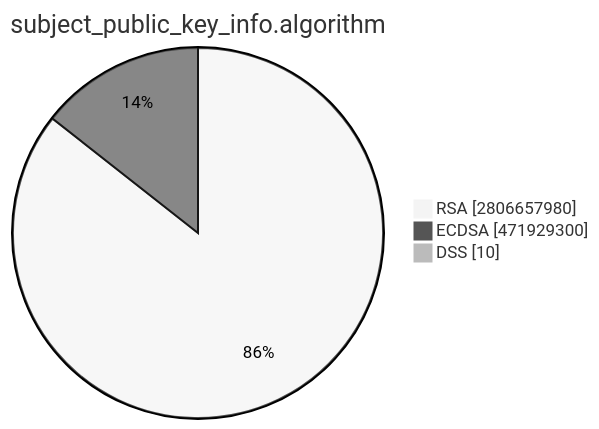
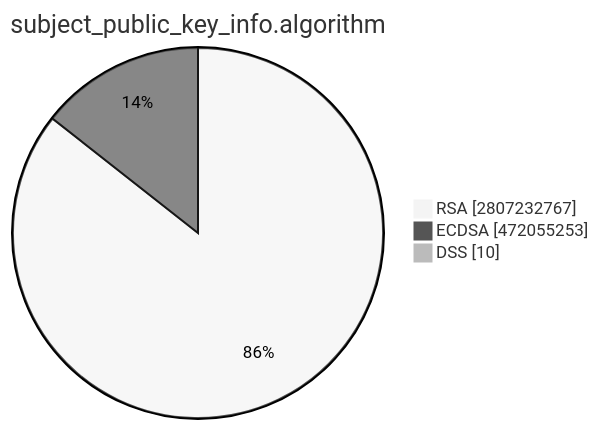
The second of 15 diagrams in TOTAL/README.md (christiankrug/ctmonitor_visualization), drawn with Mermaid (neutral theme) before and after one commit. The commit also changed other lines of this file, not shown here.

````diff
--- a/TOTAL/README.md
+++ b/TOTAL/README.md
@@ -6,7 +6,7 @@
 ```mermaid
 pie showData
 title subject_public_key_info.algorithm
-"RSA" :2806657980
-"ECDSA" :471929300
+"RSA" :2807232767
+"ECDSA" :472055253
 "DSS" :10
 ```
````
